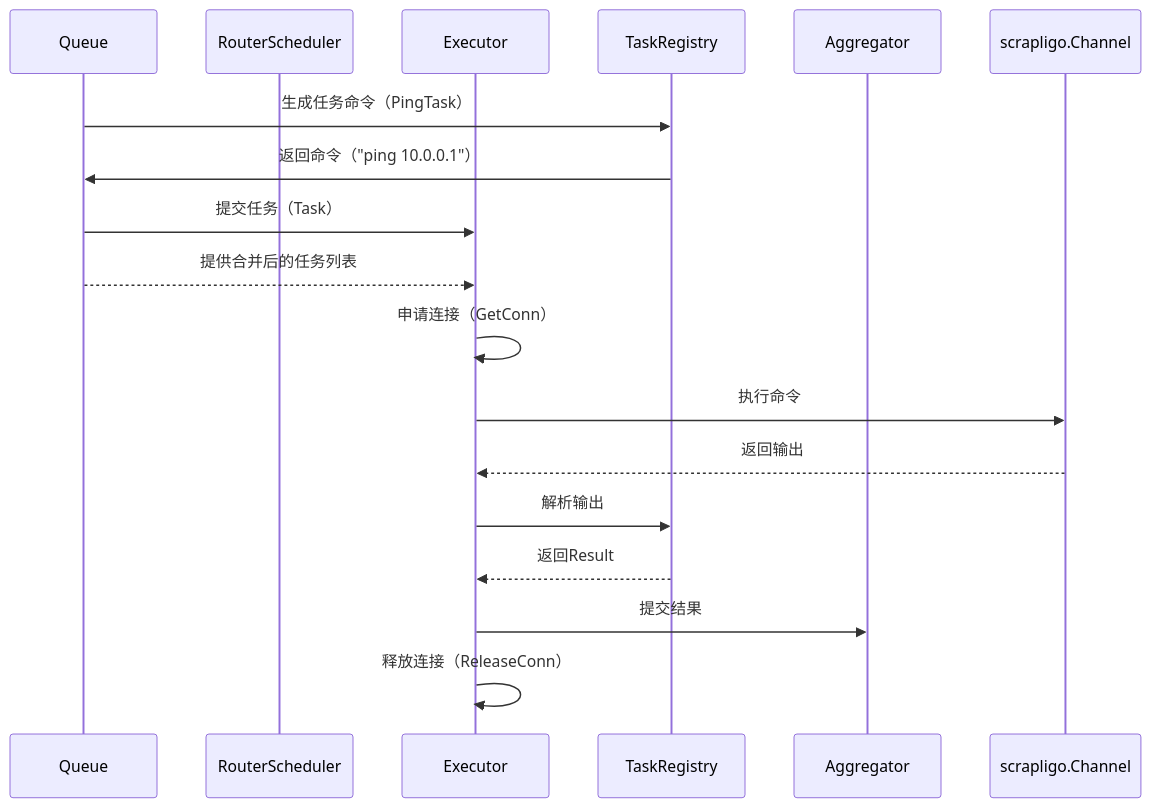
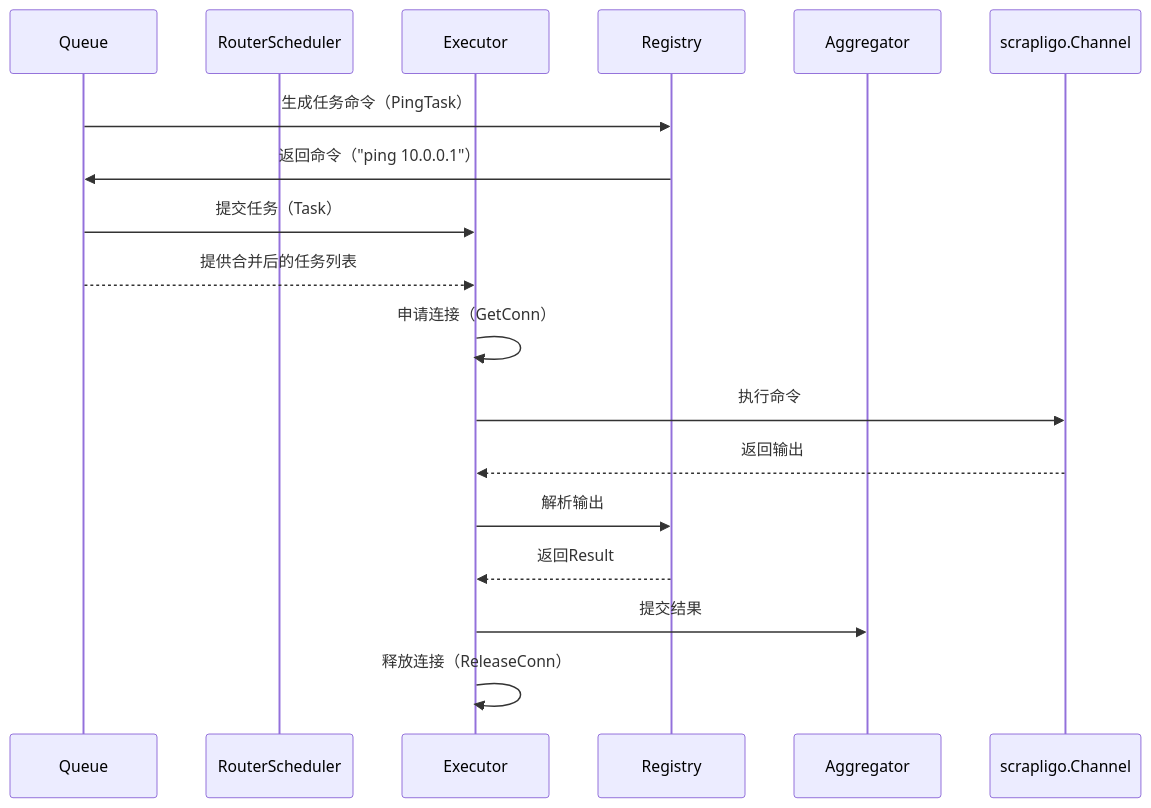
One commit to charlesren/zabbix_ddl_monitor changed the third of 4 diagrams in spec/line_monitoring/design.md. Above: the diagram before and after it, drawn with Mermaid. The commit also changed other lines of this file and 4 other files, not shown here.

````diff
--- a/spec/line_monitoring/design.md
+++ b/spec/line_monitoring/design.md
@@ -152,22 +161,22 @@
 ```mermaid
 sequenceDiagram
     participant Queue
     participant RouterScheduler
     participant Executor
-    participant TaskRegistry
+    participant Registry
     participant Aggregator
 
     %% 任务分发与执行
-    Queue->>TaskRegistry: 生成任务命令（PingTask）
-    TaskRegistry->>Queue: 返回命令（"ping 10.0.0.1"）
+    Queue->>Registry: 生成任务命令（PingTask）
+    Registry->>Queue: 返回命令（"ping 10.0.0.1"）
     Queue->>Executor: 提交任务（Task）
     Queue-->>Executor: 提供合并后的任务列表
     Executor->>Executor: 申请连接（GetConn）
 
     Executor->>scrapligo.Channel: 执行命令
     scrapligo.Channel-->>Executor: 返回输出
-    Executor->>TaskRegistry: 解析输出
-    TaskRegistry-->>Executor: 返回Result
+    Executor->>Registry: 解析输出
+    Registry-->>Executor: 返回Result
     Executor->>Aggregator: 提交结果
     Executor->>Executor: 释放连接（ReleaseConn）
 ```
````
